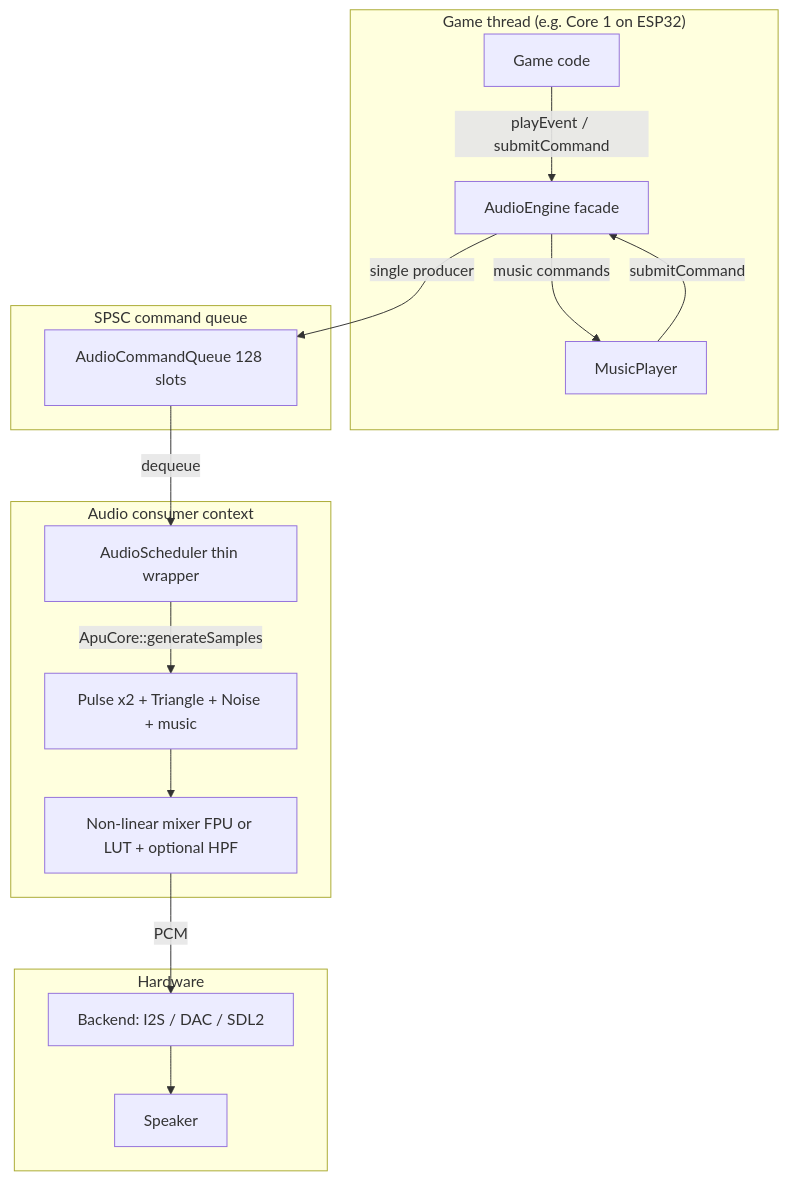
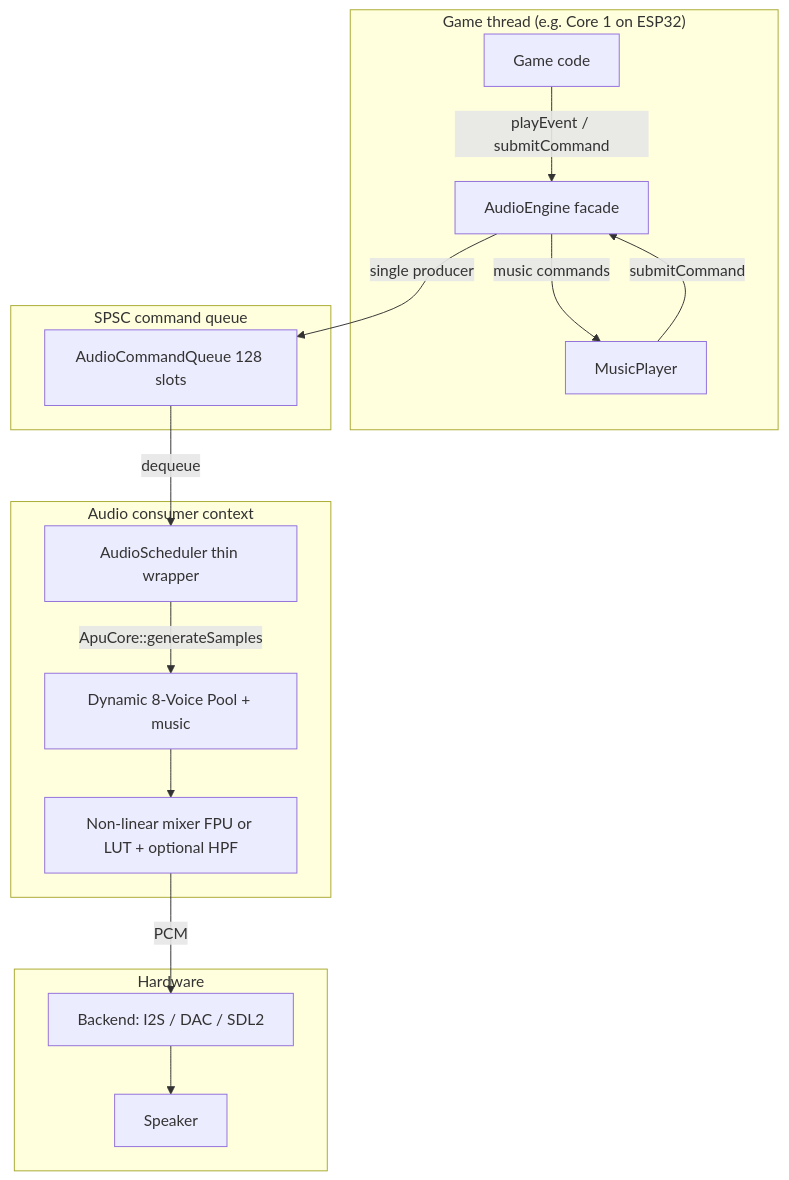
The diagram in docs/guide/audio.md (PixelRoot32-Game-Engine/PixelRoot32-Game-Engine), drawn with Mermaid before and after one commit. The commit also changed other lines of this file and 132 other files, not shown here.

````diff
--- a/docs/guide/audio.md
+++ b/docs/guide/audio.md
@@ -9,23 +9,23 @@
 ```mermaid
 flowchart TB
     subgraph Game["Game thread (e.g. Core 1 on ESP32)"]
         A[Game code] -->|playEvent / submitCommand| B[AudioEngine facade]
         B -->|music commands| C[MusicPlayer]
         C -->|submitCommand| B
     end
 
     subgraph Queue["SPSC command queue"]
         B -->|single producer| D[AudioCommandQueue 128 slots]
     end
 
     subgraph Audio["Audio consumer context"]
         D -->|dequeue| E[AudioScheduler thin wrapper]
-        E -->|ApuCore::generateSamples| F[Pulse x2 + Triangle + Noise + music]
+        E -->|ApuCore::generateSamples| F[Dynamic 8-Voice Pool + music]
         F --> G[Non-linear mixer FPU or LUT + optional HPF]
     end
 
     subgraph Output["Hardware"]
         G -->|PCM| H[Backend: I2S / DAC / SDL2]
         H --> I[Speaker]
     end
 ```
````
